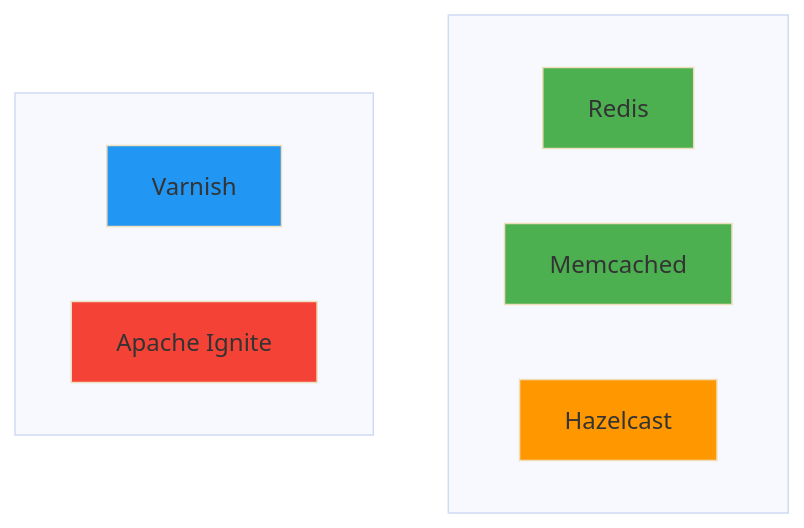
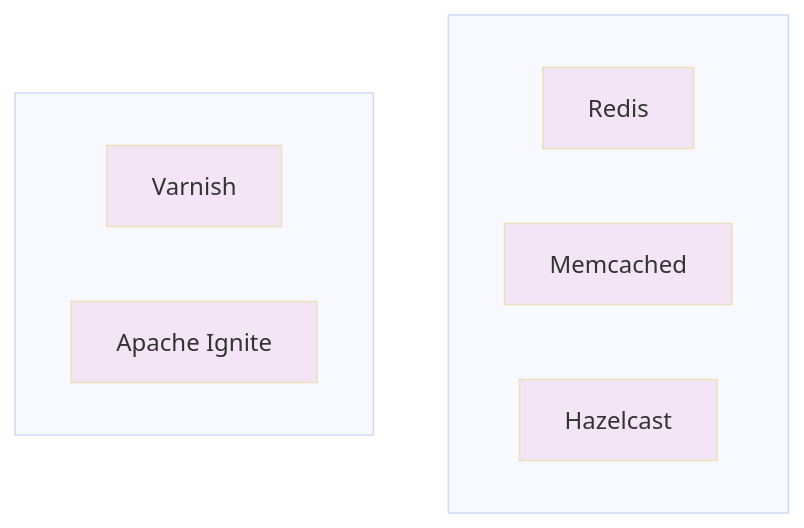
The fifth of 10 diagrams in theory/week_04/day1/challenge_2.md (niceguy61/kdt_devops_lecture_2025), drawn with Mermaid (base theme) before and after one commit. The commit also changed other lines of this file, not shown here.

````diff
--- a/theory/week_04/day1/challenge_2.md
+++ b/theory/week_04/day1/challenge_2.md
@@ -259,19 +259,19 @@
 ```mermaid
 graph TB
     subgraph col1[" "]
         A[Redis]
         B[Memcached]
         C[Hazelcast]
     end
     
     subgraph col2[" "]
         D[Varnish]
         E[Apache Ignite]
     end
     
-    style A fill:#4caf50
-    style B fill:#4caf50
-    style C fill:#ff9800
-    style D fill:#2196f3
-    style E fill:#f44336
+    style A fill:#f3e5f5
+    style B fill:#f3e5f5
+    style C fill:#f3e5f5
+    style D fill:#f3e5f5
+    style E fill:#f3e5f5
 ```
````
